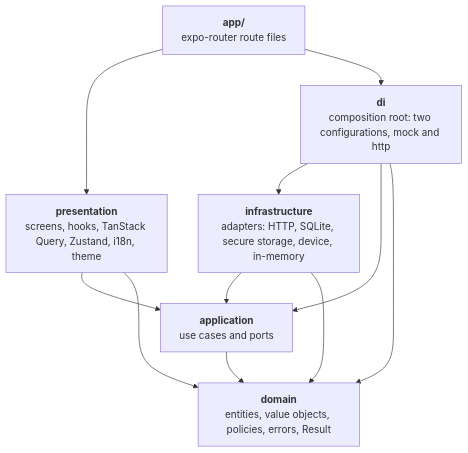
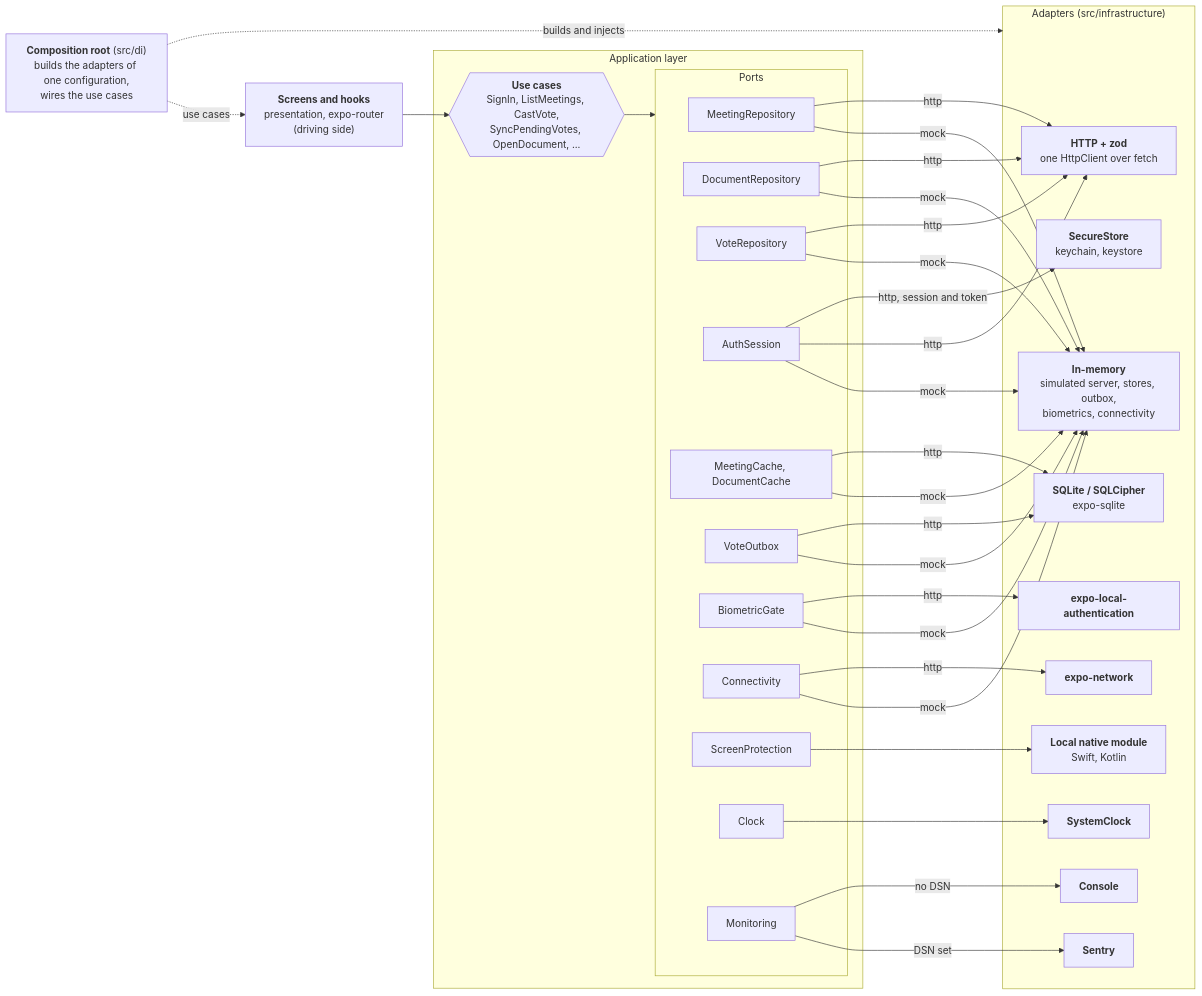
The diagram in README.md (Rileyjrjohns/boardroom), drawn with Mermaid before and after one commit. The commit also changed other lines of this file and 22 other files, not shown here.

````diff
--- a/README.md
+++ b/README.md
@@ -173,20 +19,51 @@
 ```mermaid
-flowchart TD
-    app["<b>app/</b><br/>expo-router route files"]
-    presentation["<b>presentation</b><br/>screens, hooks, TanStack Query, Zustand, i18n, theme"]
-    di["<b>di</b><br/>composition root: two configurations, mock and http"]
-    infrastructure["<b>infrastructure</b><br/>adapters: HTTP, SQLite, secure storage, device, in-memory"]
-    application["<b>application</b><br/>use cases and ports"]
-    domain["<b>domain</b><br/>entities, value objects, policies, errors, Result"]
+flowchart LR
+    screens["<b>Screens and hooks</b><br/>presentation, expo-router<br/>(driving side)"]
+    root["<b>Composition root</b> (src/di)<br/>builds the adapters of one configuration,<br/>wires the use cases"]
 
-    app --> presentation
-    app --> di
-    presentation --> application
-    presentation --> domain
-    di --> infrastructure
-    di --> application
-    di --> domain
-    infrastructure --> application
-    infrastructure --> domain
-    application --> domain
+    subgraph core["Application layer"]
+        usecases{{"<b>Use cases</b><br/>SignIn, ListMeetings, CastVote,<br/>SyncPendingVotes, OpenDocument, ..."}}
+        subgraph ports["Ports"]
+            MR["MeetingRepository"]
+            DR["DocumentRepository"]
+            VR["VoteRepository"]
+            AS["AuthSession"]
+            CA["MeetingCache, DocumentCache"]
+            VO["VoteOutbox"]
+            BG["BiometricGate"]
+            CO["Connectivity"]
+            SP["ScreenProtection"]
+            CK["Clock"]
+            MO["Monitoring"]
+        end
+    end
+
+    subgraph adapters["Adapters (src/infrastructure)"]
+        MEM["<b>In-memory</b><br/>simulated server, stores, outbox,<br/>biometrics, connectivity"]
+        HTTP["<b>HTTP + zod</b><br/>one HttpClient over fetch"]
+        SQL["<b>SQLite / SQLCipher</b><br/>expo-sqlite"]
+        SEC["<b>SecureStore</b><br/>keychain, keystore"]
+        BIO["<b>expo-local-authentication</b>"]
+        NET["<b>expo-network</b>"]
+        NAT["<b>Local native module</b><br/>Swift, Kotlin"]
+        SYS["<b>SystemClock</b>"]
+        SEN["<b>Sentry</b>"]
+        CON["<b>Console</b>"]
+    end
+
+    screens --> usecases
+    usecases --> ports
+    root -. "use cases" .-> screens
+    root -. "builds and injects" .-> adapters
+
+    MR & DR & VR & AS & CA & VO & BG & CO -->|mock| MEM
+    MR & DR & VR & AS -->|http| HTTP
+    AS -->|http, session and token| SEC
+    CA & VO -->|http| SQL
+    BG -->|http| BIO
+    CO -->|http| NET
+    SP --> NAT
+    CK --> SYS
+    MO -->|DSN set| SEN
+    MO -->|no DSN| CON
 ```
````
